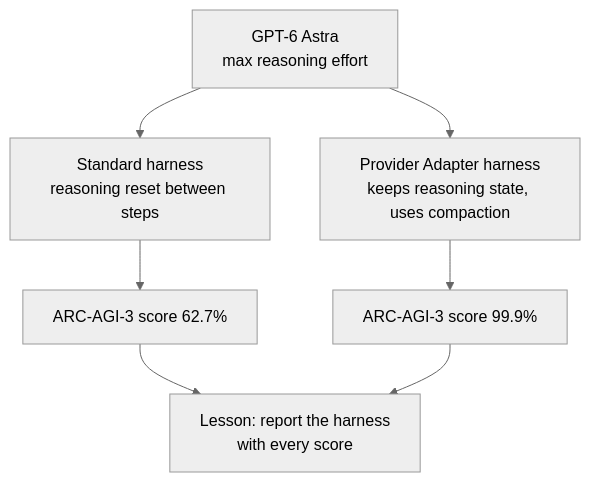
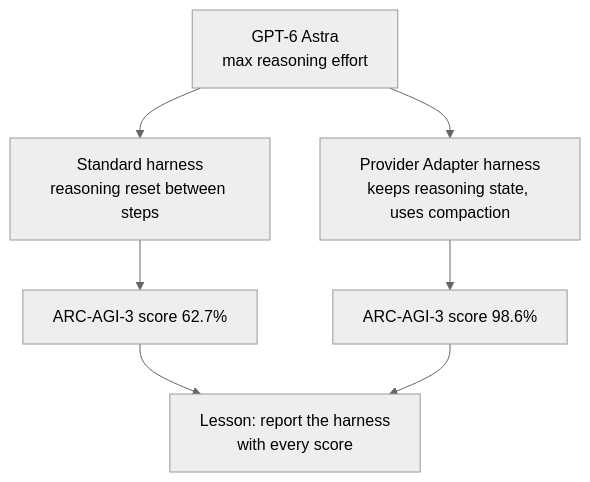
The third of 8 diagrams in ai-book/chapters/24-model-landscape-benchmarks.md (mcichael1-eng/Leash-Holder-2), drawn with Mermaid (neutral theme) before and after one commit. The commit also changed other lines of this file and 71 other files, not shown here.

````diff
--- a/ai-book/chapters/24-model-landscape-benchmarks.md
+++ b/ai-book/chapters/24-model-landscape-benchmarks.md
@@ -164,9 +164,9 @@
 ```mermaid
 flowchart TD
     M["GPT-6 Astra<br/>max reasoning effort"] --> H1["Standard harness<br/>reasoning reset between steps"]
     M --> H2["Provider Adapter harness<br/>keeps reasoning state, uses compaction"]
     H1 --> R1["ARC-AGI-3 score 62.7%"]
-    H2 --> R2["ARC-AGI-3 score 99.9%"]
+    H2 --> R2["ARC-AGI-3 score 98.6%"]
     R1 --> L["Lesson: report the harness<br/>with every score"]
     R2 --> L
 ```
````
